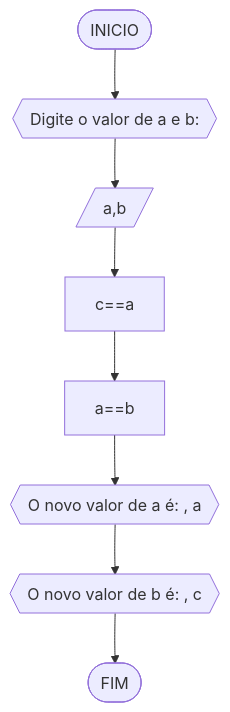
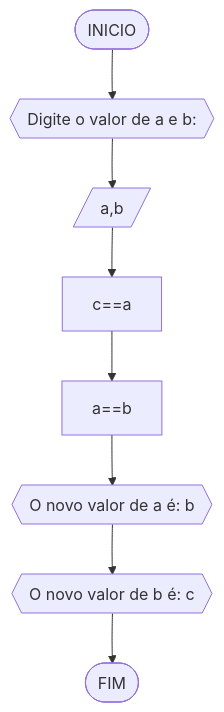
Before and after one commit to sdiogenes/unifor: the first of 7 diagrams in rra/Unidade1/AD1.md, drawn with Mermaid. The commit also changed other lines of this file, not shown here.

````diff
--- a/rra/Unidade1/AD1.md
+++ b/rra/Unidade1/AD1.md
@@ -45,10 +45,10 @@
 ```mermaid
 flowchart TD
 A([INICIO]) --> B{{"Digite o valor de a e b: "}}
 B --> C[/a,b/]
 C --> D[c==a]
 D --> E[a==b]
-E --> F{{"O novo valor de a é: ", a}}
-F --> G{{"O novo valor de b é: ", c}}
+E --> F{{"O novo valor de a é: " b}}
+F --> G{{"O novo valor de b é: " c}}
 G --> H([FIM])
 ```
````
